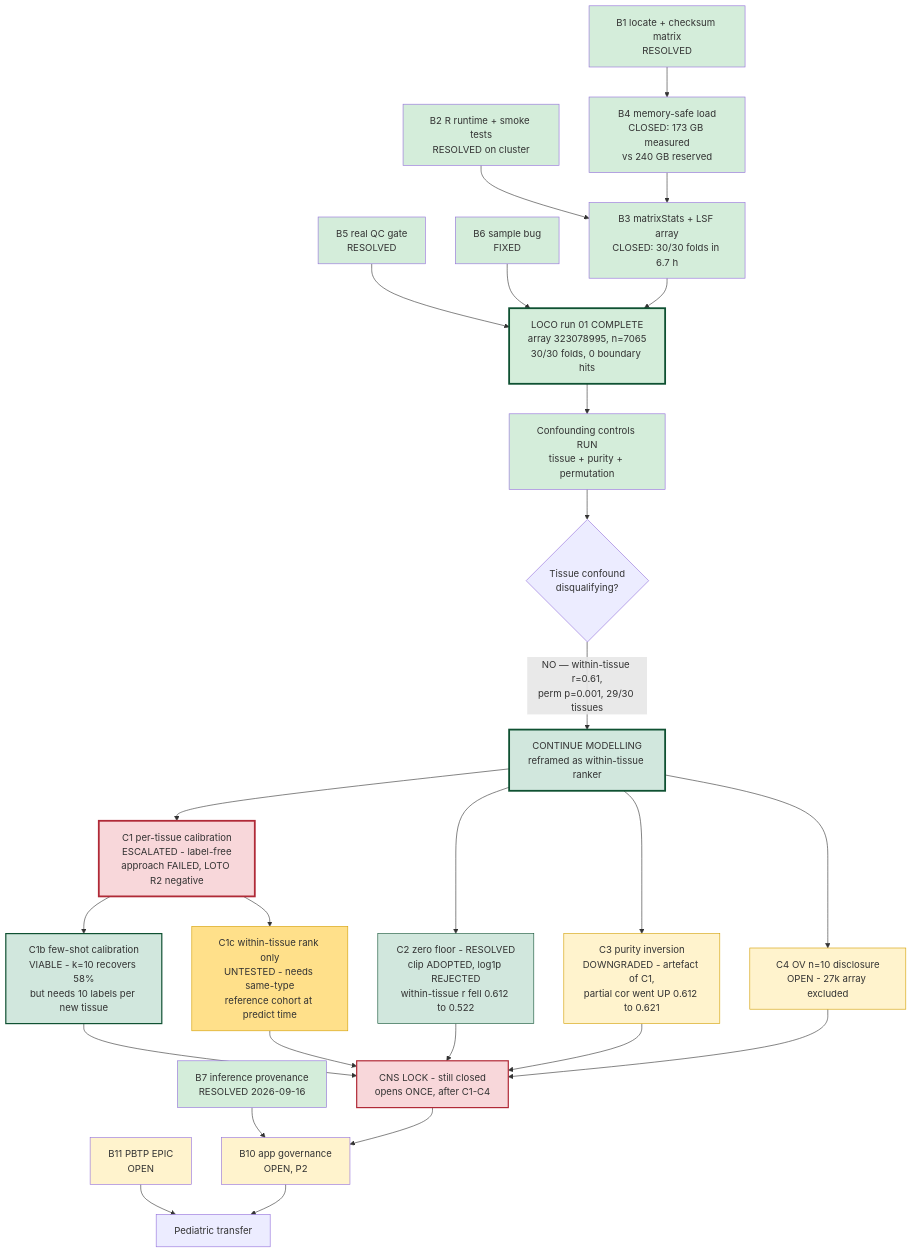
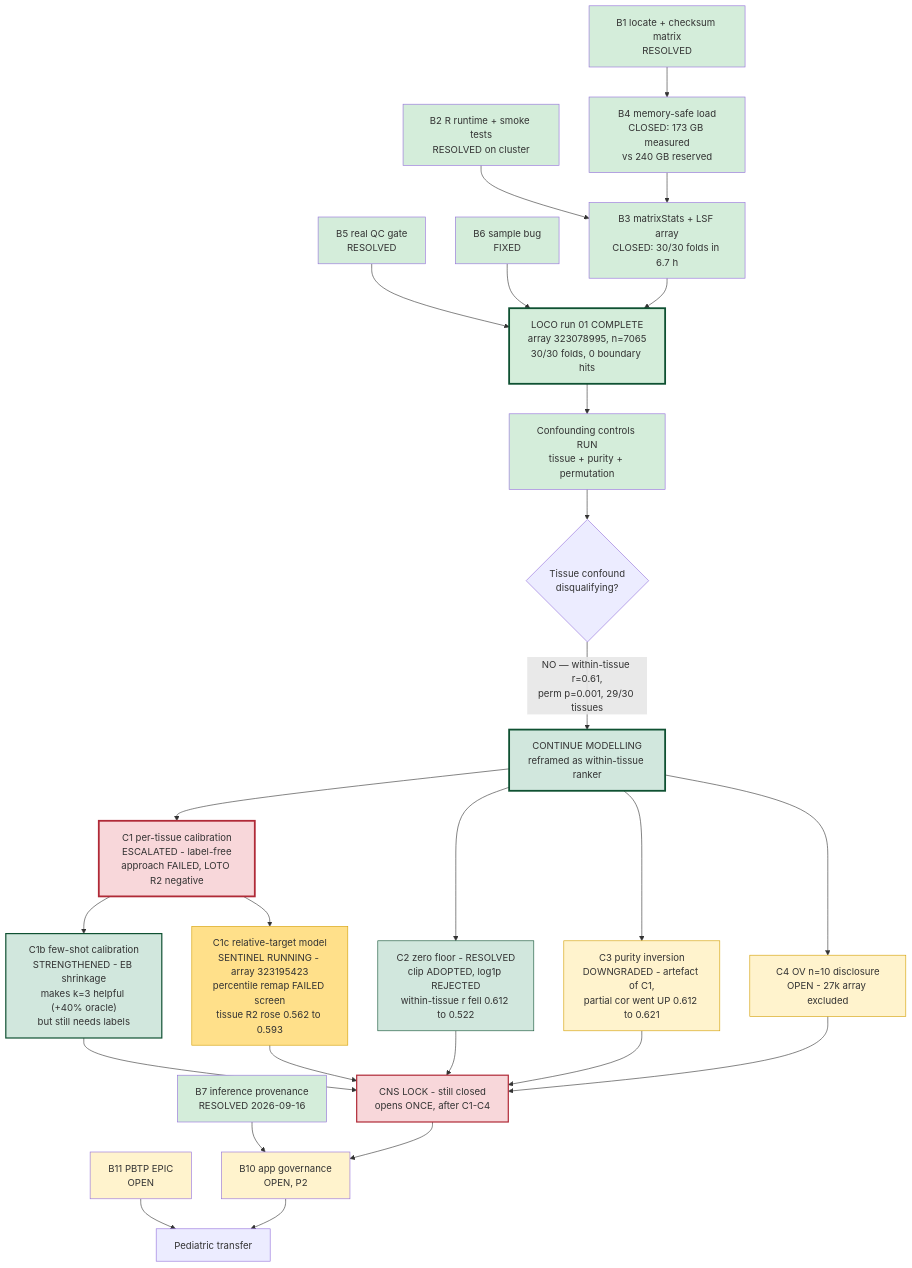
The diagram in docs/21_BLOCKER_RESOLUTION_PLAN.md (stjude-biohackathon/KIDS26-Team12), drawn with Mermaid before and after one commit. The commit also changed other lines of this file and 8 other files, not shown here.

````diff
--- a/docs/21_BLOCKER_RESOLUTION_PLAN.md
+++ b/docs/21_BLOCKER_RESOLUTION_PLAN.md
@@ -401,52 +583,52 @@
 ```mermaid
 graph TD
     B1["B1 locate + checksum matrix<br/>RESOLVED"] --> B4["B4 memory-safe load<br/>CLOSED: 173 GB measured<br/>vs 240 GB reserved"]
     B2["B2 R runtime + smoke tests<br/>RESOLVED on cluster"] --> B3["B3 matrixStats + LSF array<br/>CLOSED: 30/30 folds in 6.7 h"]
     B4 --> B3
     B5["B5 real QC gate<br/>RESOLVED"] --> FIT
     B6["B6 sample bug<br/>FIXED"] --> FIT
     B3 --> FIT["LOCO run 01 COMPLETE<br/>array 323078995, n=7065<br/>30/30 folds, 0 boundary hits"]
     FIT --> CONF["Confounding controls RUN<br/>tissue + purity + permutation"]
     CONF --> VERDICT{"Tissue confound<br/>disqualifying?"}
     VERDICT -->|"NO — within-tissue r=0.61,<br/>perm p=0.001, 29/30 tissues"| CONTINUE["CONTINUE MODELLING<br/>reframed as within-tissue ranker"]
 
     CONTINUE --> C1["C1 per-tissue calibration<br/>ESCALATED - label-free<br/>approach FAILED, LOTO R2 negative"]
     CONTINUE --> C2["C2 zero floor - RESOLVED<br/>clip ADOPTED, log1p REJECTED<br/>within-tissue r fell 0.612 to 0.522"]
     CONTINUE --> C3["C3 purity inversion<br/>DOWNGRADED - artefact of C1,<br/>partial cor went UP 0.612 to 0.621"]
     CONTINUE --> C4["C4 OV n=10 disclosure<br/>OPEN - 27k array excluded"]
 
-    C1 --> C1B["C1b few-shot calibration<br/>VIABLE - k=10 recovers 58%<br/>but needs 10 labels per new tissue"]
-    C1 --> C1R["C1c within-tissue rank only<br/>UNTESTED - needs same-type<br/>reference cohort at predict time"]
+    C1 --> C1B["C1b few-shot calibration<br/>STRENGTHENED - EB shrinkage<br/>makes k=3 helpful (+40% oracle)<br/>but still needs labels"]
+    C1 --> C1R["C1c relative-target model<br/>SENTINEL RUNNING - array 323195423<br/>percentile remap FAILED screen<br/>tissue R2 rose 0.562 to 0.593"]
 
     C1B --> LOCK
     C1R --> LOCK
     C2 --> LOCK
     C3 --> LOCK
     C4 --> LOCK
     LOCK["CNS LOCK - still closed<br/>opens ONCE, after C1-C4"]
 
     B7["B7 inference provenance<br/>RESOLVED 2026-09-16"] --> B10["B10 app governance<br/>OPEN, P2"]
     LOCK --> B10
     B11["B11 PBTP EPIC<br/>OPEN"] --> TRANSFER["Pediatric transfer"]
     B10 --> TRANSFER
 
     style B1 fill:#d4edda
     style B2 fill:#d4edda
     style B3 fill:#d4edda
     style B4 fill:#d4edda
     style B5 fill:#d4edda
     style B6 fill:#d4edda
     style B7 fill:#d4edda
     style FIT fill:#d4edda,stroke:#0f5132,stroke-width:3px
     style CONF fill:#d4edda
     style CONTINUE fill:#d1e7dd,stroke:#0f5132,stroke-width:3px
     style C1 fill:#f8d7da,stroke:#b02a37,stroke-width:3px
     style C2 fill:#d1e7dd,stroke:#0f5132
     style C3 fill:#fff3cd,stroke:#d39e00
     style C4 fill:#fff3cd,stroke:#d39e00
     style C1B fill:#d1e7dd,stroke:#0f5132,stroke-width:2px
     style C1R fill:#ffe08a,stroke:#d39e00
     style LOCK fill:#f8d7da,stroke:#b02a37,stroke-width:2px
     style B10 fill:#fff3cd
     style B11 fill:#fff3cd
 ```
````
